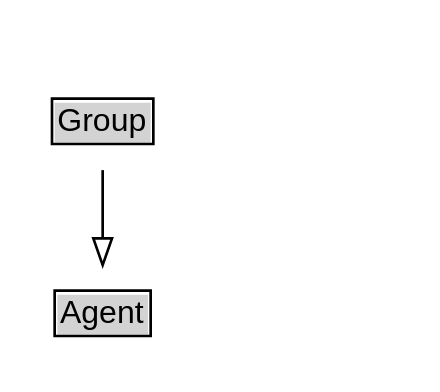
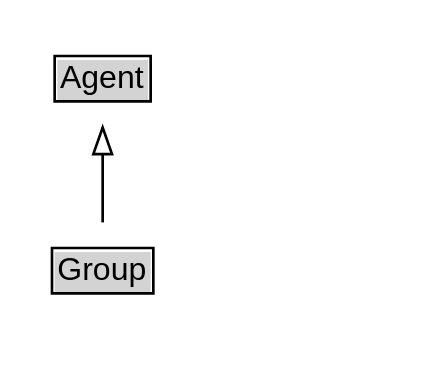
The diagram in docs/diagrams/Group.dot (k-vaughn/ontology-import-foaf), drawn with Graphviz before and after one commit. The commit also changed 130 other files, not shown here.

```diff
--- a/docs/diagrams/Group.dot
+++ b/docs/diagrams/Group.dot
@@ -1,16 +1,19 @@
 // Diagram for Group
 digraph {
 	graph [overlap=false rankdir=TB splines=true]
 	node [fontname=Arial fontsize=12 margin=0 shape=none]
 	edge [fontname=Arial fontsize=11]
+	{
+		rank=source
+		Agent [label=<<TABLE BORDER="1" CELLBORDER="0" CELLSPACING="0" CELLPADDING="1"><TR><TD BGCOLOR="lightgray" ALIGN="CENTER">Agent</TD></TR></TABLE>> URL="../Agent" margin=0]
+	}
 	Group [label=<<TABLE BORDER="1" CELLBORDER="0" CELLSPACING="0" CELLPADDING="1"><TR><TD BGCOLOR="lightgray" ALIGN="CENTER">Group</TD></TR></TABLE>> URL="../Group" margin=0]
 	{
 		rank=max
 	}
 	subgraph cluster_associated {
 		label="" style=invis
 		Invis [label=<<TABLE BORDER="0" CELLBORDER="0" CELLSPACING="0" CELLPADDING="1"><TR><TD></TD></TR></TABLE>> margin=0 style=invis]
 	}
-	Agent [label=<<TABLE BORDER="1" CELLBORDER="0" CELLSPACING="0" CELLPADDING="1"><TR><TD BGCOLOR="lightgray" ALIGN="CENTER">Agent</TD></TR></TABLE>> URL="../Agent" margin=0]
 	Group -> Agent [arrowhead=onormal style=solid]
 }
```
